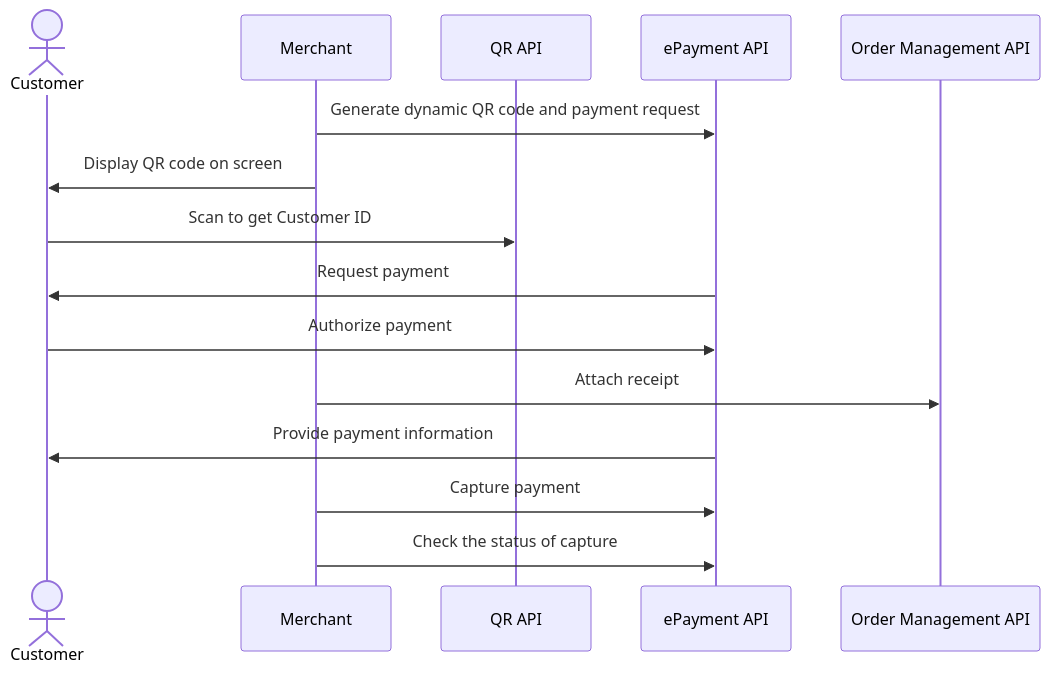
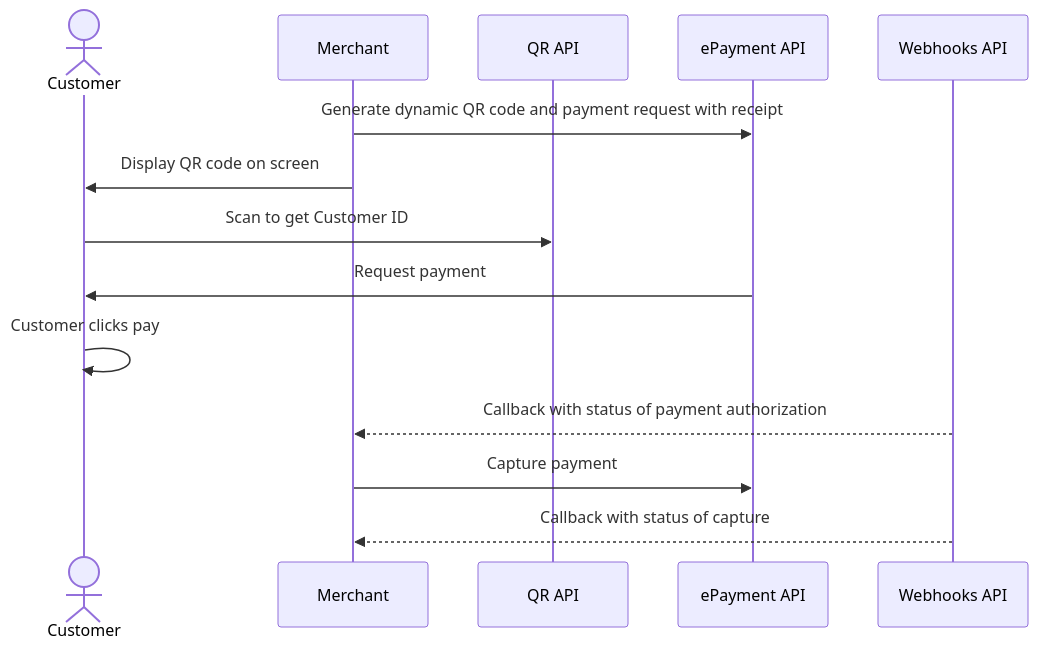
The diagram in vending-machines/one-time-payment.md (vippsas/vipps-solutions), drawn with Mermaid before and after one commit. The commit also changed other lines of this file and 22 other files, not shown here.

First line of the commit message:
Provide unique examples. Add receipt in payment request when possible. (#86)

````diff
--- a/vending-machines/one-time-payment.md
+++ b/vending-machines/one-time-payment.md
@@ -60,18 +135,17 @@
 ``` mermaid
 sequenceDiagram
     actor C as Customer
     participant M as Merchant
     participant QR as QR API
     participant ePayment as ePayment API
-    participant ordermanagement as Order Management API
+    participant Webhooks as Webhooks API
 
-    M->>ePayment: Generate dynamic QR code and payment request
+    M->>ePayment: Generate dynamic QR code and payment request with receipt
     M->>C: Display QR code on screen
     C->>QR: Scan to get Customer ID
     ePayment->>C: Request payment
-    C->>ePayment: Authorize payment
-    M->> ordermanagement: Attach receipt
-    ePayment->>C: Provide payment information
-    M->>ePayment: Capture payment 
-    M->>ePayment: Check the status of capture
+    C->>C: Customer clicks pay
+    Webhooks-->>M: Callback with status of payment authorization
+    M->>ePayment: Capture payment
+    Webhooks-->>M: Callback with status of capture
 ```
````
